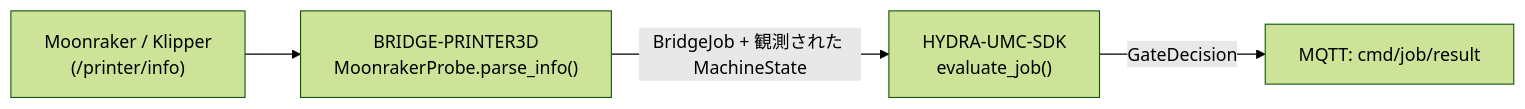
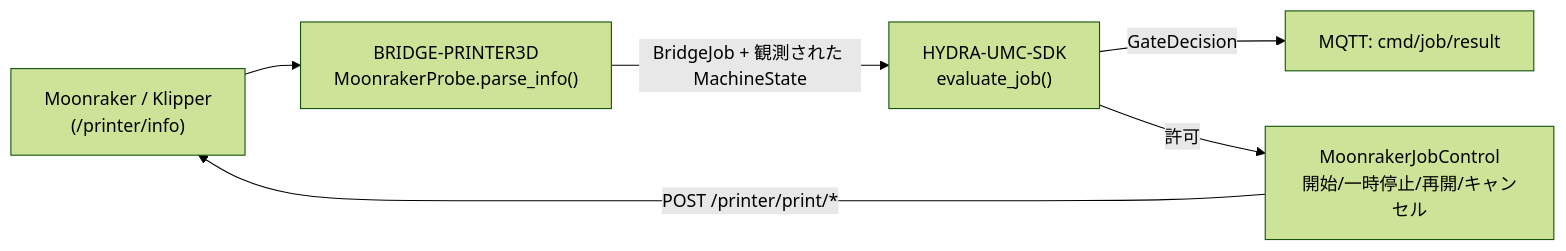
One commit to JuanenRac/HYDRA-UMC-BRIDGE-PRINTER3D changed the diagram in README_jpn.md. Above: the diagram before and after it, drawn with Mermaid (forest theme). The commit also changed other lines of this file and 7 other files, not shown here.

Commit message:
List the global stop and real broker tests, complete the flow diagram in every language

````diff
--- a/README_jpn.md
+++ b/README_jpn.md
@@ -81,6 +81,8 @@
 ```mermaid
 flowchart LR
     PRINTER["Moonraker / Klipper<br/>(/printer/info)"] --> BRIDGE["BRIDGE-PRINTER3D<br/>MoonrakerProbe.parse_info()"]
     BRIDGE -- "BridgeJob + 観測された MachineState" --> SDK["HYDRA-UMC-SDK<br/>evaluate_job()"]
     SDK -- GateDecision --> RESULT["MQTT: cmd/job/result"]
+    SDK -- "許可" --> JOBCTRL["MoonrakerJobControl<br/>開始/一時停止/再開/キャンセル"]
+    JOBCTRL -- "POST /printer/print/*" --> PRINTER
 ```
````
